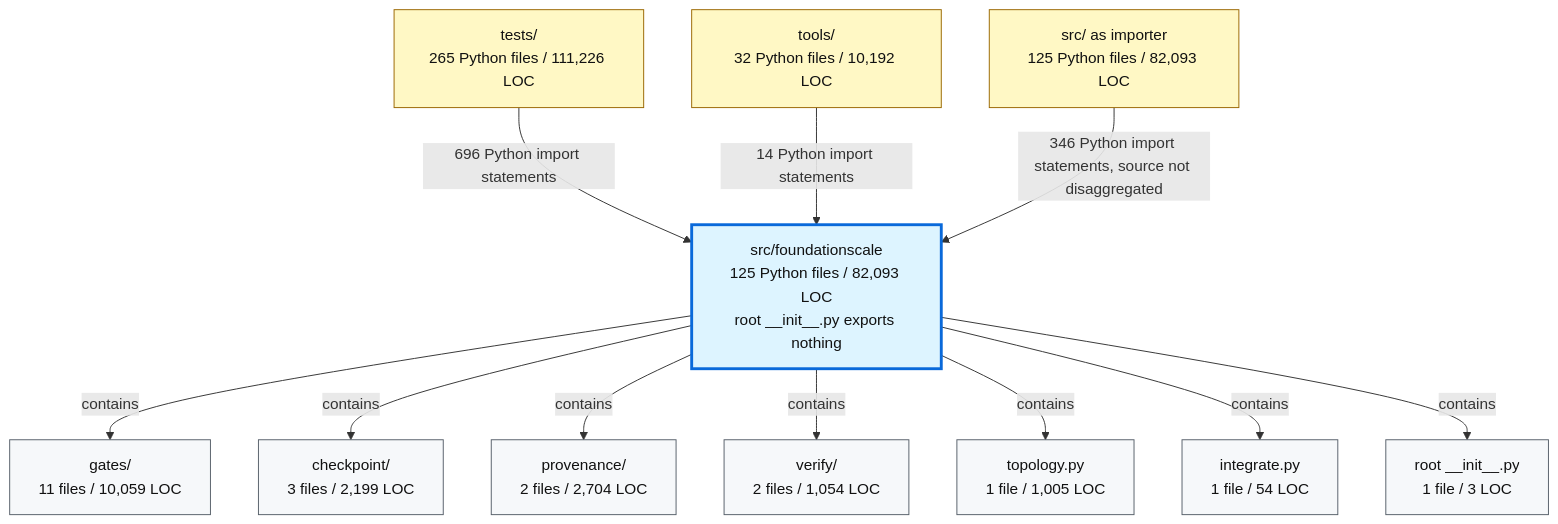
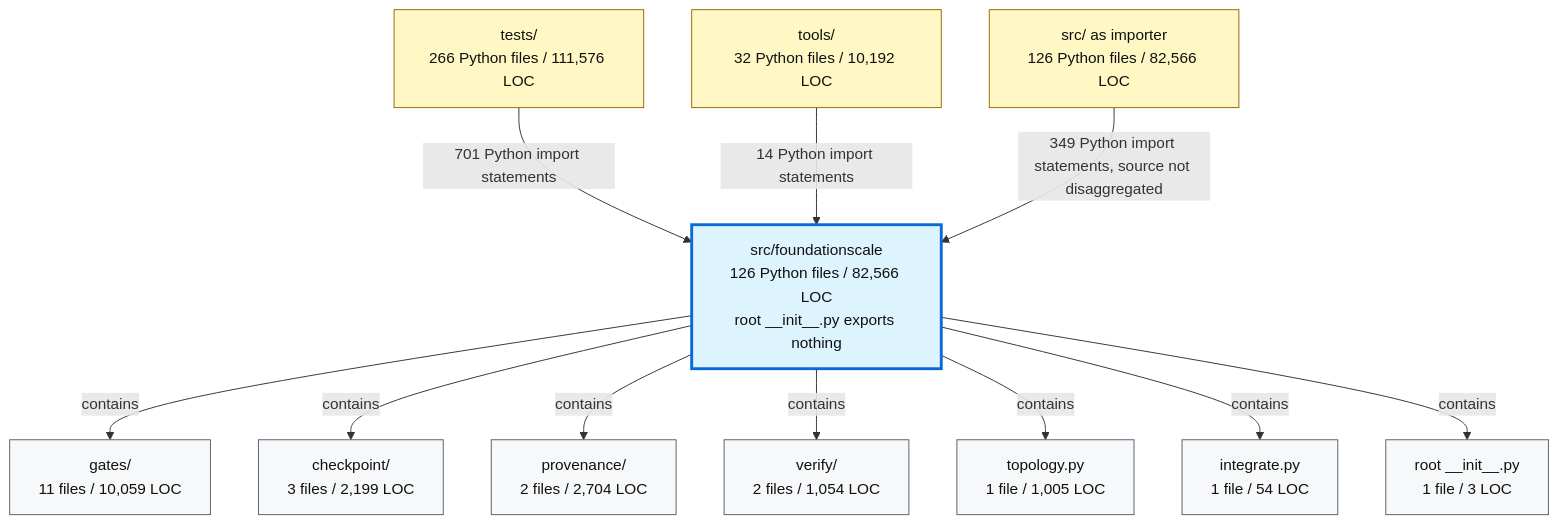
The second of 2 diagrams in docs/review/D2_current_architecture.md (TranNhiem/FoundationScale), drawn with Mermaid before and after one commit. The commit also changed other lines of this file and 19 other files, not shown here.

````diff
--- a/docs/review/D2_current_architecture.md
+++ b/docs/review/D2_current_architecture.md
@@ -97,36 +97,36 @@
 ```mermaid
 flowchart TB
-  TESTS["tests/<br/>265 Python files / 111,226 LOC"]
+  TESTS["tests/<br/>266 Python files / 111,576 LOC"]
   TOOLS["tools/<br/>32 Python files / 10,192 LOC"]
-  SRC["src/ as importer<br/>125 Python files / 82,093 LOC"]
+  SRC["src/ as importer<br/>126 Python files / 82,566 LOC"]
 
-  FS["src/foundationscale<br/>125 Python files / 82,093 LOC<br/>root __init__.py exports nothing"]
+  FS["src/foundationscale<br/>126 Python files / 82,566 LOC<br/>root __init__.py exports nothing"]
 
   GATES["gates/<br/>11 files / 10,059 LOC"]
   CKPT["checkpoint/<br/>3 files / 2,199 LOC"]
   PROV["provenance/<br/>2 files / 2,704 LOC"]
   VERIFY["verify/<br/>2 files / 1,054 LOC"]
   TOPO["topology.py<br/>1 file / 1,005 LOC"]
   INTEG["integrate.py<br/>1 file / 54 LOC"]
   ROOT["root __init__.py<br/>1 file / 3 LOC"]
 
-  TESTS -->|"696 Python import statements"| FS
+  TESTS -->|"701 Python import statements"| FS
   TOOLS -->|"14 Python import statements"| FS
-  SRC -->|"346 Python import statements, source not disaggregated"| FS
+  SRC -->|"349 Python import statements, source not disaggregated"| FS
 
   FS -->|"contains"| GATES
   FS -->|"contains"| CKPT
   FS -->|"contains"| PROV
   FS -->|"contains"| VERIFY
   FS -->|"contains"| TOPO
   FS -->|"contains"| INTEG
   FS -->|"contains"| ROOT
 
   classDef consumer fill:#fff8c5,stroke:#9a6700,color:#111;
   classDef package fill:#ddf4ff,stroke:#0969da,stroke-width:3px,color:#111;
   classDef module fill:#f6f8fa,stroke:#57606a,color:#111;
 
   class TESTS,TOOLS,SRC consumer;
   class FS package;
   class GATES,CKPT,PROV,VERIFY,TOPO,INTEG,ROOT module;
 ```
````
